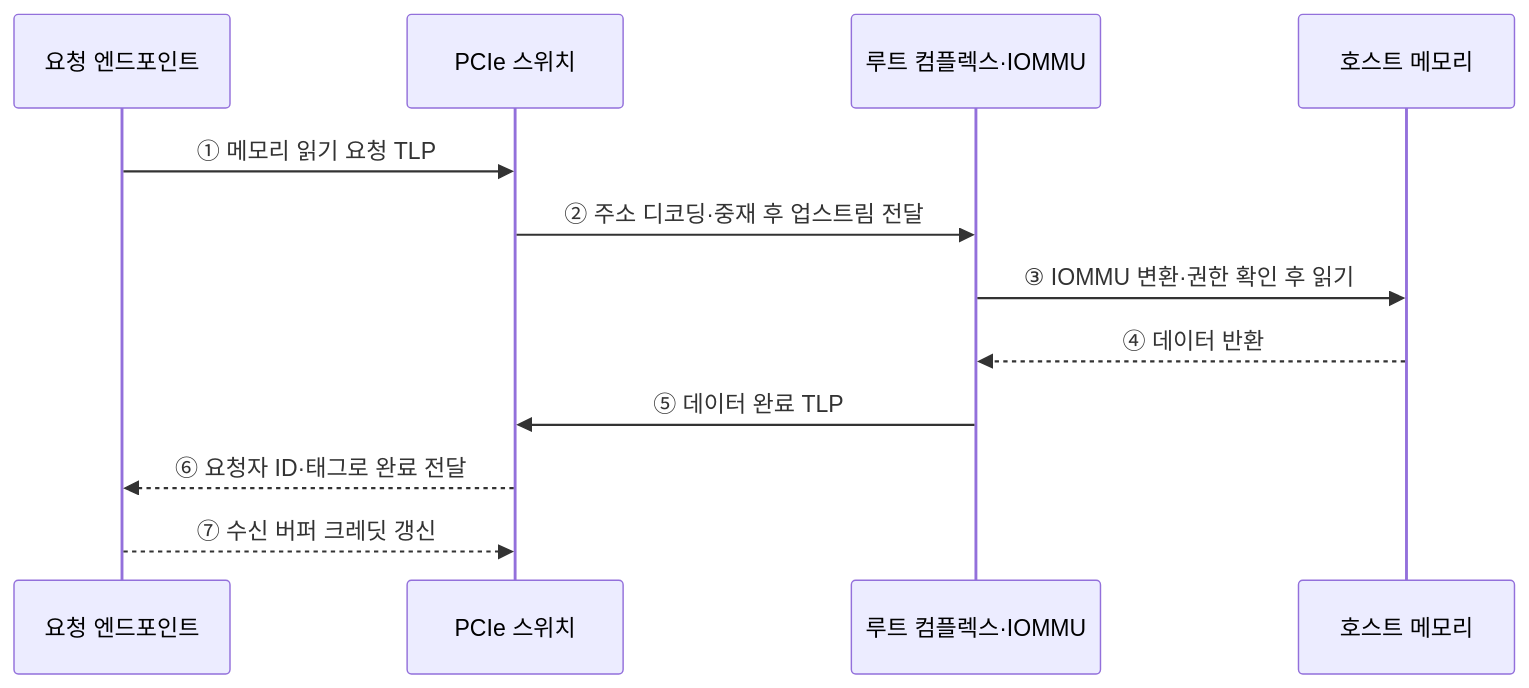
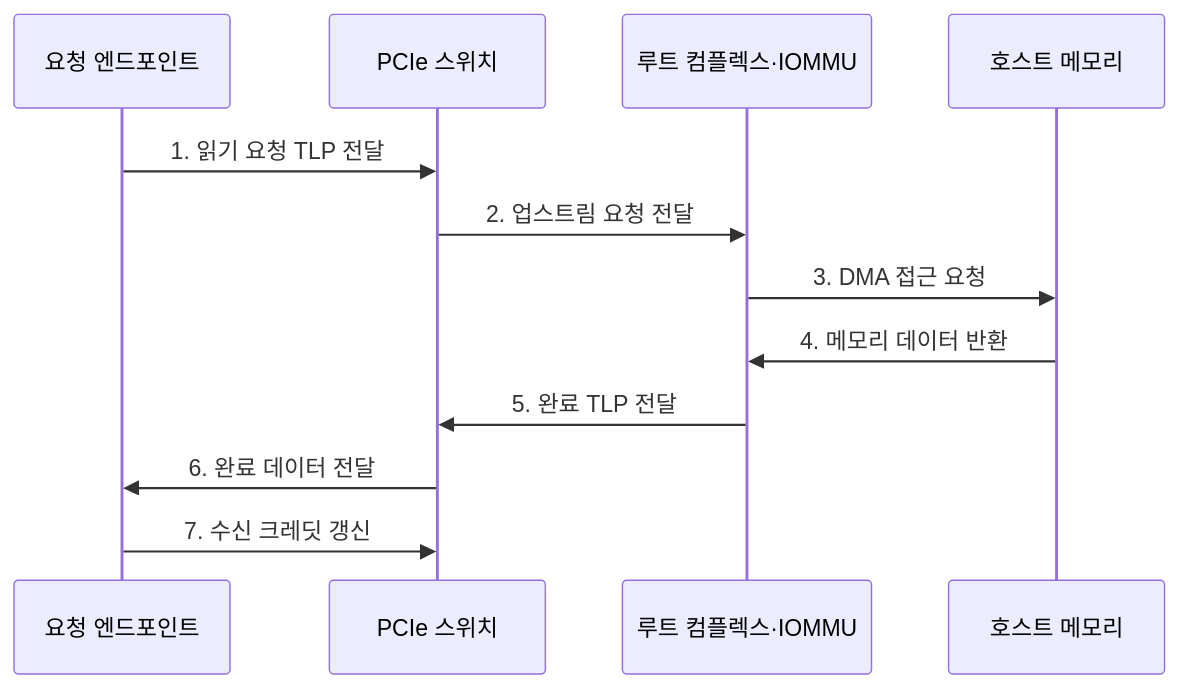
One commit to agnusdei1207/knowledge-base changed the second of 2 diagrams in src/content/docs/notes/02-hardware/079_pcie_switching.md. Above: the diagram before and after it, drawn with Mermaid. The commit also changed other lines of this file and 20 other files, not shown here.

````diff
--- a/src/content/docs/notes/02-hardware/079_pcie_switching.md
+++ b/src/content/docs/notes/02-hardware/079_pcie_switching.md
@@ -81,15 +86,15 @@
 ```mermaid
 sequenceDiagram
     participant E as 요청 엔드포인트
     participant S as PCIe 스위치
     participant R as 루트 컴플렉스·IOMMU
     participant M as 호스트 메모리
 
-    E->>S: ① 메모리 읽기 요청 TLP
-    S->>R: ② 주소 디코딩·중재 후 업스트림 전달
-    R->>M: ③ IOMMU 변환·권한 확인 후 읽기
-    M-->>R: ④ 데이터 반환
-    R->>S: ⑤ 데이터 완료 TLP
-    S-->>E: ⑥ 요청자 ID·태그로 완료 전달
-    E-->>S: ⑦ 수신 버퍼 크레딧 갱신
+    E->>S: 1. 읽기 요청 TLP 전달
+    S->>R: 2. 업스트림 요청 전달
+    R->>M: 3. DMA 접근 요청
+    M->>R: 4. 메모리 데이터 반환
+    R->>S: 5. 완료 TLP 전달
+    S->>E: 6. 완료 데이터 전달
+    E->>S: 7. 수신 크레딧 갱신
 ```
````
